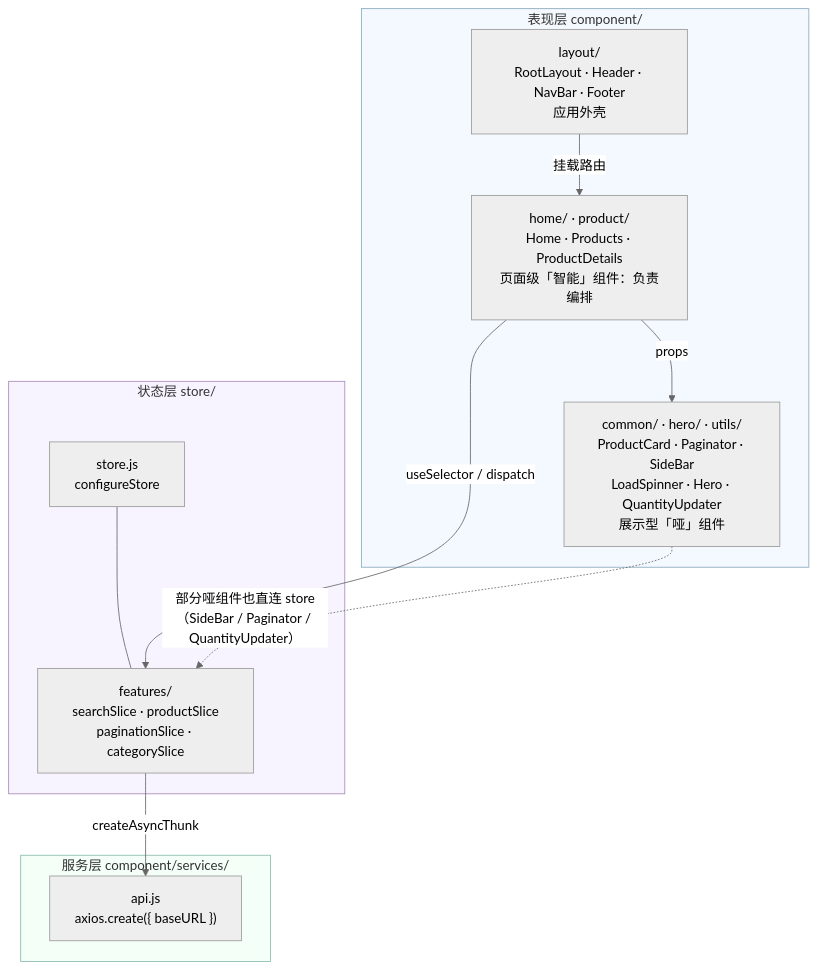
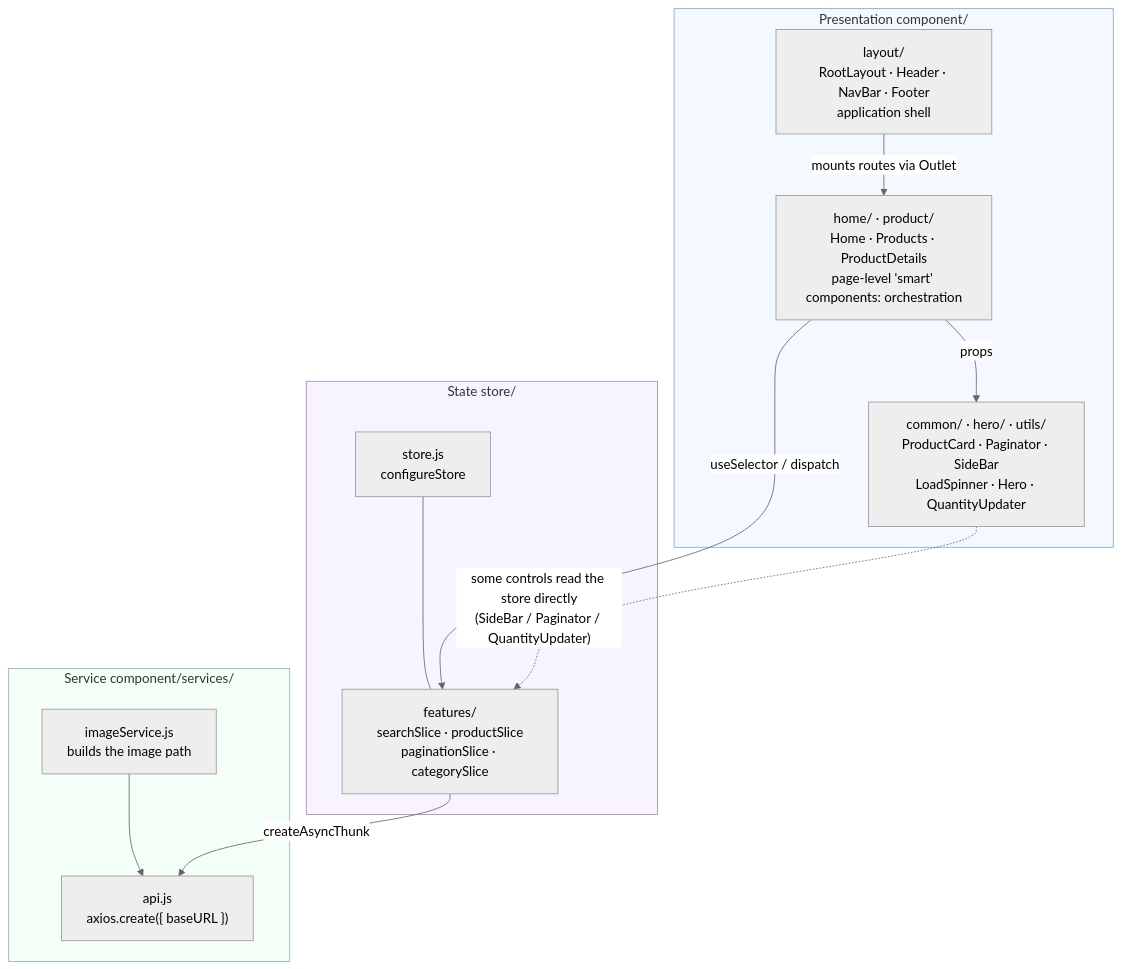
The fourth of 24 diagrams in DESIGN.md (Chuan-Qiu/buynowdotcom), drawn with Mermaid (neutral theme) before and after one commit. The commit also changed other lines of this file and 26 other files, not shown here.

````diff
--- a/DESIGN.md
+++ b/DESIGN.md
@@ -192,28 +191,30 @@
 ```mermaid
 flowchart TB
-    subgraph P["表现层 component/"]
-        LAYOUT["layout/<br/>RootLayout · Header · NavBar · Footer<br/>应用外壳"]
-        SMART["home/ · product/<br/>Home · Products · ProductDetails<br/>页面级「智能」组件：负责编排"]
-        DUMB["common/ · hero/ · utils/<br/>ProductCard · Paginator · SideBar<br/>LoadSpinner · Hero · QuantityUpdater<br/>展示型「哑」组件"]
+    subgraph P["Presentation component/"]
+        LAYOUT["layout/<br/>RootLayout · Header · NavBar · Footer<br/>application shell"]
+        SMART["home/ · product/<br/>Home · Products · ProductDetails<br/>page-level 'smart' components: orchestration"]
+        DUMB["common/ · hero/ · utils/<br/>ProductCard · Paginator · SideBar<br/>LoadSpinner · Hero · QuantityUpdater"]
     end
 
-    subgraph ST["状态层 store/"]
+    subgraph ST["State store/"]
         STORE["store.js<br/>configureStore"]
         SLICES["features/<br/>searchSlice · productSlice<br/>paginationSlice · categorySlice"]
         STORE --- SLICES
     end
 
-    subgraph SV["服务层 component/services/"]
+    subgraph SV["Service component/services/"]
         API["api.js<br/>axios.create({ baseURL })"]
+        IMG["imageService.js<br/>builds the image path"]
+        IMG --> API
     end
 
-    LAYOUT -->|"<Outlet /> 挂载路由"| SMART
+    LAYOUT -->|"mounts routes via Outlet"| SMART
     SMART -->|"props"| DUMB
     SMART -->|"useSelector / dispatch"| SLICES
-    DUMB -.->|"部分哑组件也直连 store<br/>（SideBar / Paginator / QuantityUpdater）"| SLICES
+    DUMB -.->|"some controls read the store directly<br/>(SideBar / Paginator / QuantityUpdater)"| SLICES
     SLICES -->|"createAsyncThunk"| API
 
     style P fill:#f4f8ff,stroke:#8ab
     style ST fill:#f8f4ff,stroke:#a8b
     style SV fill:#f4fff8,stroke:#8ba
 ```
````
